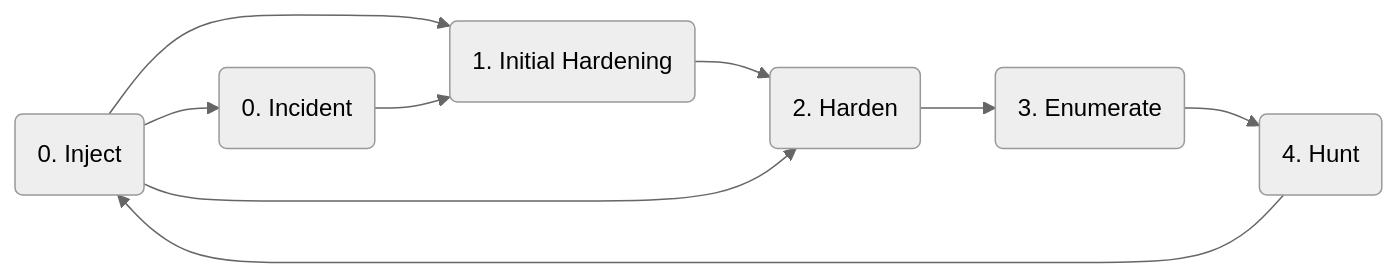
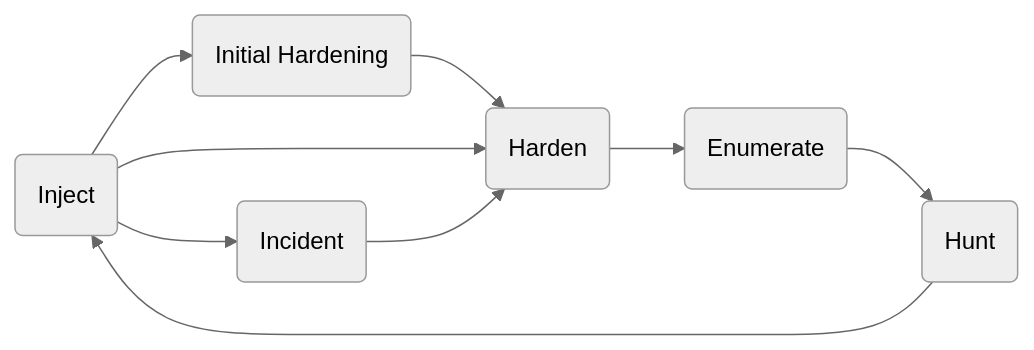
Before and after one commit to xnorkl/cyberdefenseclub: the second of 2 diagrams in README.md, drawn with Mermaid (neutral theme). The commit also changed other lines of this file, not shown here.

Commit message:
README.md updated from https://stackedit.io/

````diff
--- a/README.md
+++ b/README.md
@@ -44,13 +45,13 @@
  ```mermaid
 graph LR
 
-A(0. Inject) --> B(1. Initial Hardening)
-B --> C(2. Harden)
-C --> D(3. Enumerate)
-D --> E(4. Hunt)
+A(Inject) --> B(Initial Hardening)
+B --> C(Harden)
+C --> D(Enumerate)
+D --> E(Hunt)
 A --> C
 E --> A
-A --> F(0. Incident)
-F --> B
+A --> F(Incident)
+F --> C
 
 ```
````
